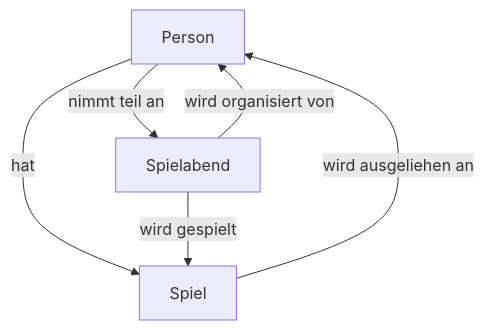
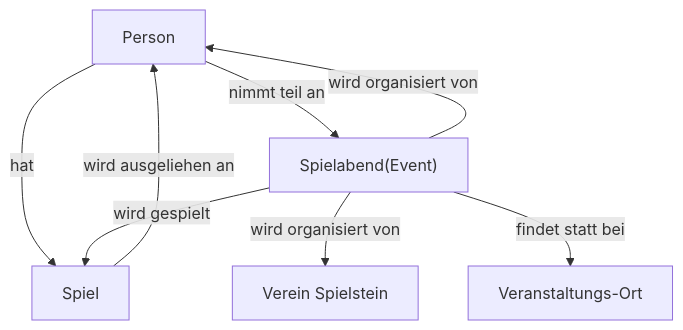
The diagram in docs/club/idee/index.md (spielsteinar/spielstein.ch), drawn with Mermaid before and after one commit. The commit also changed other lines of this file, not shown here.

Commit message:
chore: Update club/idee/index.md with additional model details

````diff
--- a/docs/club/idee/index.md
+++ b/docs/club/idee/index.md
@@ -7,9 +6,13 @@
 ``` mermaid
 graph TD
     Person --->|hat|Spiel
-    Event["Spielabend"]
+    Event["Spielabend(Event)"]
     Person -->|nimmt teil an|Event
     Event -->|wird gespielt|Spiel
     Spiel -->|wird ausgeliehen an|Person
     Event -->|wird organisiert von|Person
+    Organisation["Verein Spielstein"]
+    Event -->|wird organisiert von|Organisation
+    Location["Veranstaltungs-Ort"]
+    Event -->|findet statt bei|Location
 ```
````
